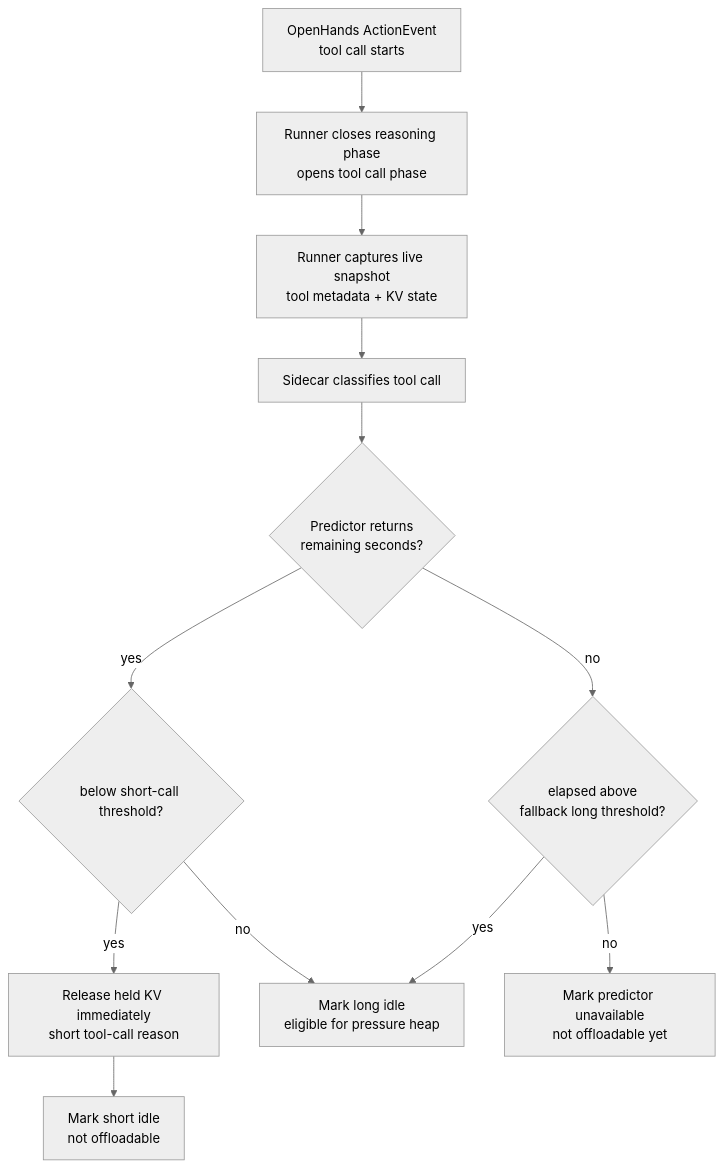
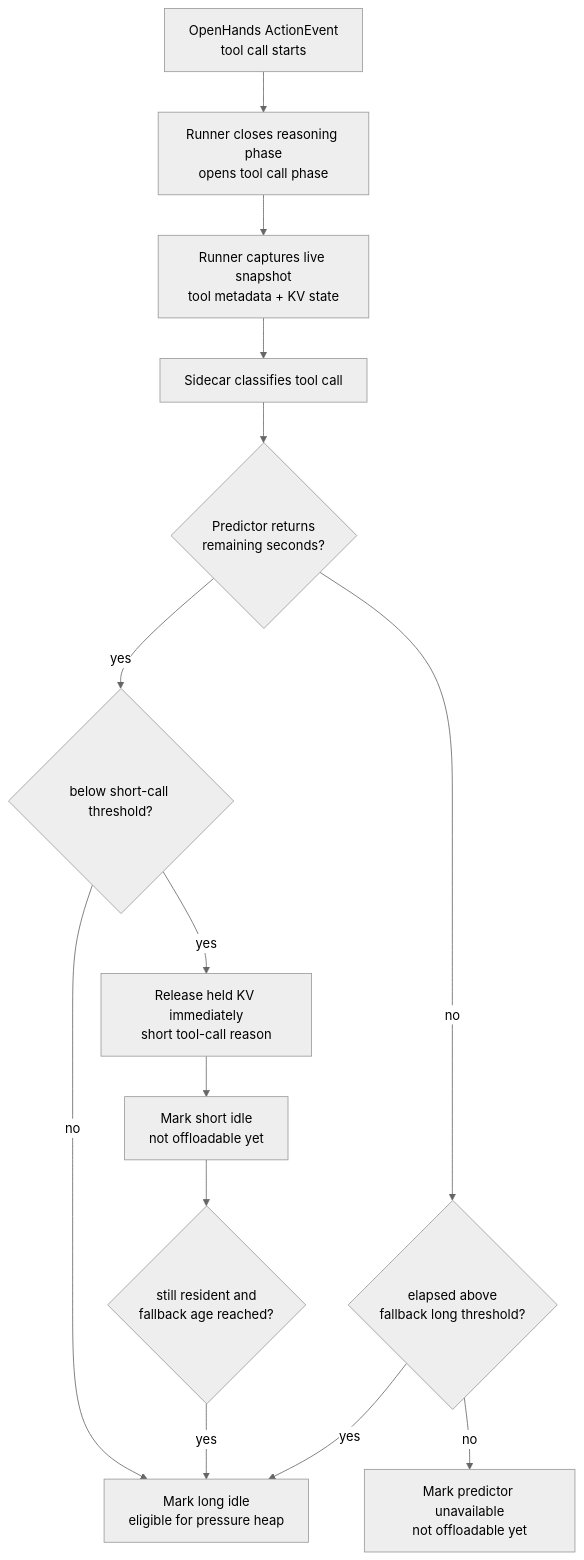
One commit to javenjwzhao-coder/agent-concurrency changed the third of 8 diagrams in docs/agent_kv_offload_architecture.md. Above: the diagram before and after it, drawn with Mermaid (neutral theme). The commit also changed other lines of this file and 7 other files, not shown here.

````diff
--- a/docs/agent_kv_offload_architecture.md
+++ b/docs/agent_kv_offload_architecture.md
@@ -125,22 +126,25 @@
 ```mermaid
 flowchart TD
     action[OpenHands ActionEvent<br/>tool call starts]
     close[Runner closes reasoning phase<br/>opens tool call phase]
     snapshot[Runner captures live snapshot<br/>tool metadata + KV state]
     classify[Sidecar classifies tool call]
     predict{Predictor returns<br/>remaining seconds?}
     short{below short-call threshold?}
     releaseShort[Release held KV immediately<br/>short tool-call reason]
-    idleShort[Mark short idle<br/>not offloadable]
+    idleShort[Mark short idle<br/>not offloadable yet]
     idleLong[Mark long idle<br/>eligible for pressure heap]
     fallback{elapsed above<br/>fallback long threshold?}
     unavailable[Mark predictor unavailable<br/>not offloadable yet]
+    agedShort{still resident and<br/>fallback age reached?}
 
     action --> close --> snapshot --> classify --> predict
     predict -- yes --> short
     short -- yes --> releaseShort --> idleShort
     short -- no --> idleLong
+    idleShort --> agedShort
+    agedShort -- yes --> idleLong
     predict -- no --> fallback
     fallback -- yes --> idleLong
     fallback -- no --> unavailable
 ```
````
